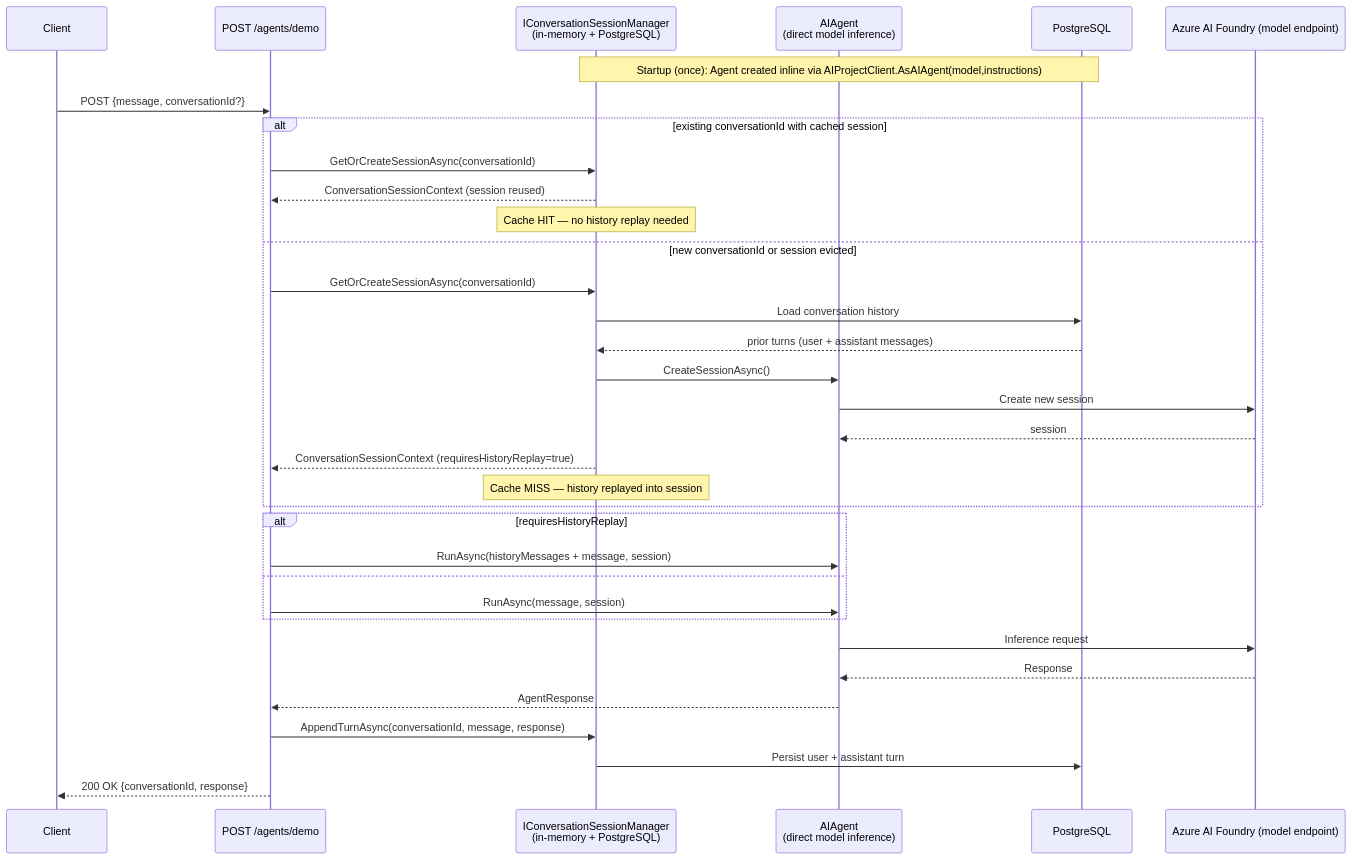
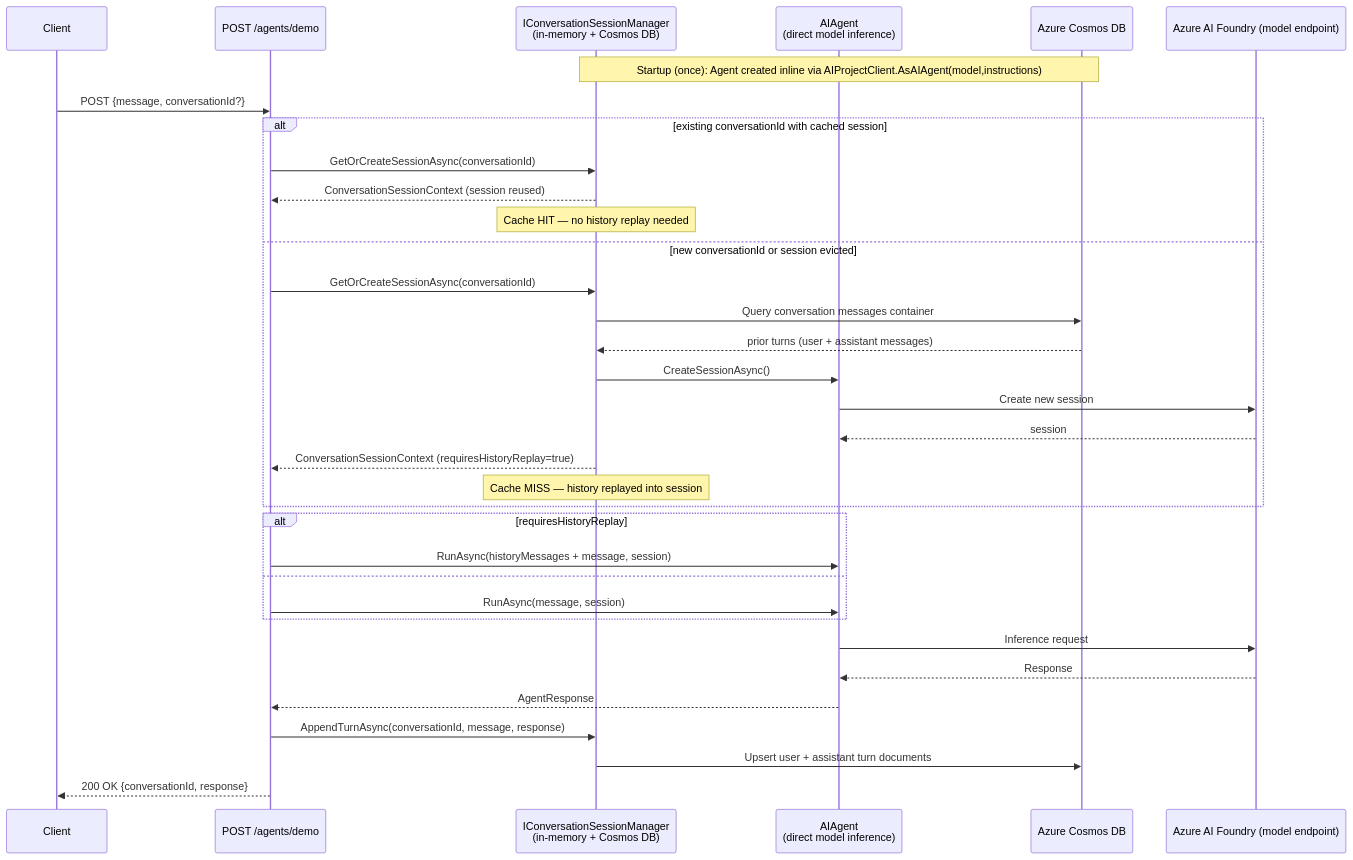
The first of 4 diagrams in diagram.md (rutzsco/agent-hub-dotnet), drawn with Mermaid before and after one commit. The commit also changed other lines of this file and 1 other file, not shown here.

````diff
--- a/diagram.md
+++ b/diagram.md
@@ -5,43 +5,43 @@
 ```mermaid
 sequenceDiagram
     participant Client
     participant Route as POST /agents/demo
-    participant SessionMgr as IConversationSessionManager<br/>(in-memory + PostgreSQL)
+    participant SessionMgr as IConversationSessionManager<br/>(in-memory + Cosmos DB)
     participant Agent as AIAgent<br/>(direct model inference)
-    participant Postgres as PostgreSQL
+    participant Cosmos as Azure Cosmos DB
     participant Foundry as Azure AI Foundry (model endpoint)
 
-    Note over SessionMgr,Postgres: Startup (once): Agent created inline via AIProjectClient.AsAIAgent(model,instructions)
+    Note over SessionMgr,Cosmos: Startup (once): Agent created inline via AIProjectClient.AsAIAgent(model,instructions)
 
     Client->>Route: POST {message, conversationId?}
 
     alt existing conversationId with cached session
         Route->>SessionMgr: GetOrCreateSessionAsync(conversationId)
         SessionMgr-->>Route: ConversationSessionContext (session reused)
         Note over SessionMgr: Cache HIT — no history replay needed
     else new conversationId or session evicted
         Route->>SessionMgr: GetOrCreateSessionAsync(conversationId)
-        SessionMgr->>Postgres: Load conversation history
-        Postgres-->>SessionMgr: prior turns (user + assistant messages)
+        SessionMgr->>Cosmos: Query conversation messages container
+        Cosmos-->>SessionMgr: prior turns (user + assistant messages)
         SessionMgr->>Agent: CreateSessionAsync()
         Agent->>Foundry: Create new session
         Foundry-->>Agent: session
         SessionMgr-->>Route: ConversationSessionContext (requiresHistoryReplay=true)
         Note over SessionMgr: Cache MISS — history replayed into session
     end
 
     alt requiresHistoryReplay
         Route->>Agent: RunAsync(historyMessages + message, session)
     else
         Route->>Agent: RunAsync(message, session)
     end
 
     Agent->>Foundry: Inference request
     Foundry-->>Agent: Response
     Agent-->>Route: AgentResponse
 
     Route->>SessionMgr: AppendTurnAsync(conversationId, message, response)
-    SessionMgr->>Postgres: Persist user + assistant turn
+    SessionMgr->>Cosmos: Upsert user + assistant turn documents
 
     Route-->>Client: 200 OK {conversationId, response}
 ```
````
